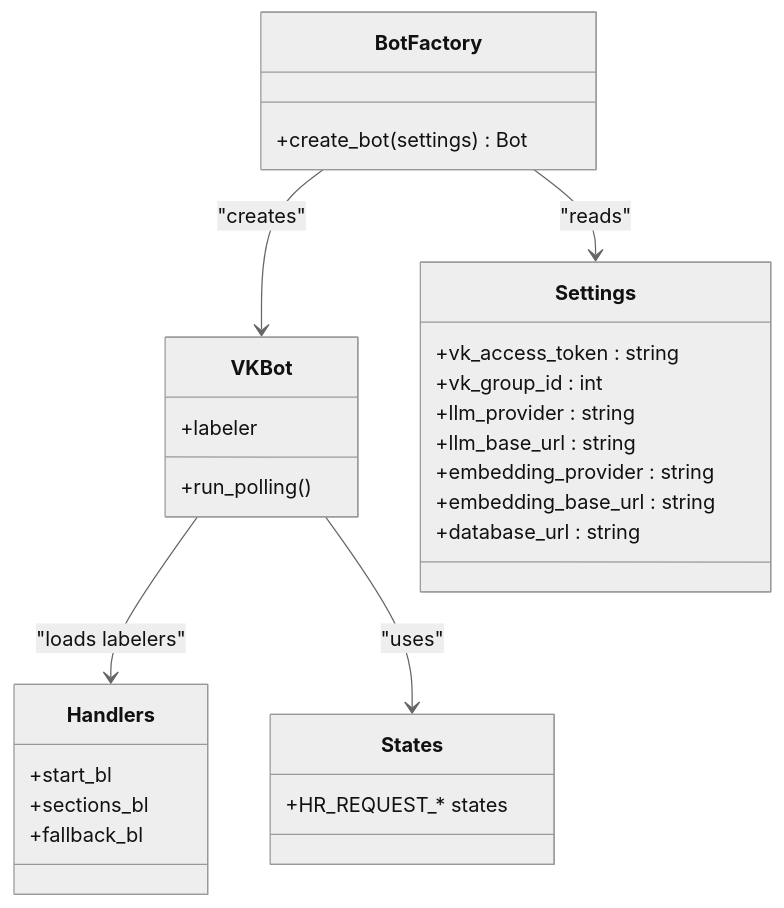
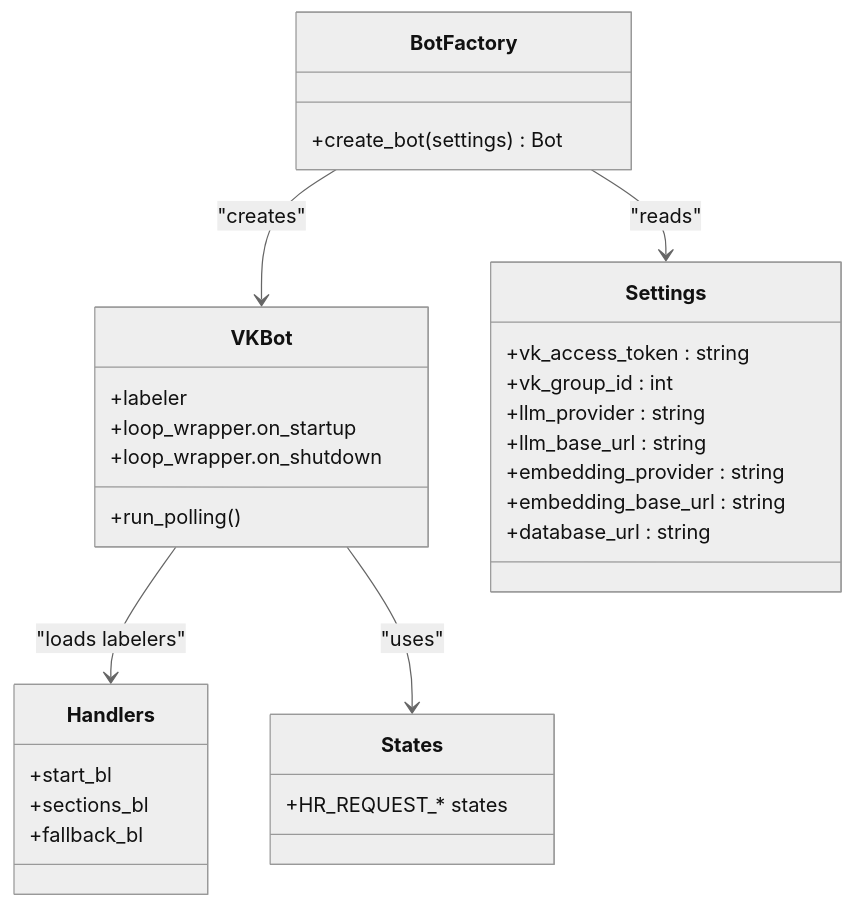
Before and after one commit to ognelis/cafetera_hr_bot: the ninth of 23 diagrams in .qoder/repowiki/en/content/Deployment and Operations.md, drawn with Mermaid (neutral theme). The commit also changed other lines of this file and 12 other files, not shown here.

````diff
--- a/.qoder/repowiki/en/content/Deployment and Operations.md
+++ b/.qoder/repowiki/en/content/Deployment and Operations.md
@@ -420,31 +494,33 @@
 ```mermaid
 classDiagram
 class BotFactory {
 +create_bot(settings) Bot
 }
 class VKBot {
 +labeler
 +run_polling()
++loop_wrapper.on_startup
++loop_wrapper.on_shutdown
 }
 class Handlers {
 +start_bl
 +sections_bl
 +fallback_bl
 }
 class States {
 +HR_REQUEST_* states
 }
 class Settings {
 +vk_access_token : string
 +vk_group_id : int
 +llm_provider : string
 +llm_base_url : string
 +embedding_provider : string
 +embedding_base_url : string
 +database_url : string
 }
 BotFactory --> VKBot : "creates"
 VKBot --> Handlers : "loads labelers"
 VKBot --> States : "uses"
 BotFactory --> Settings : "reads"
 ```
````
